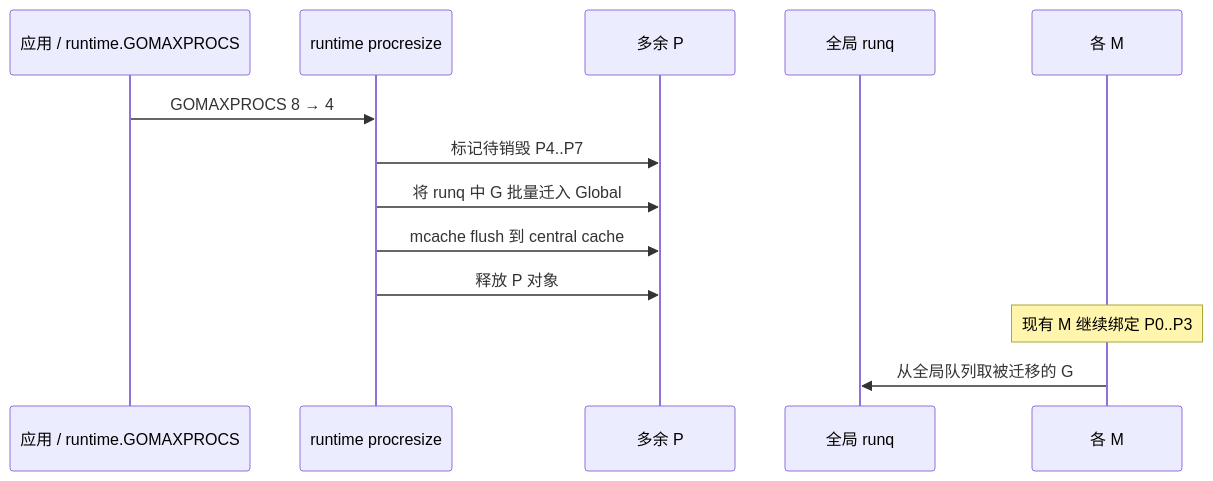
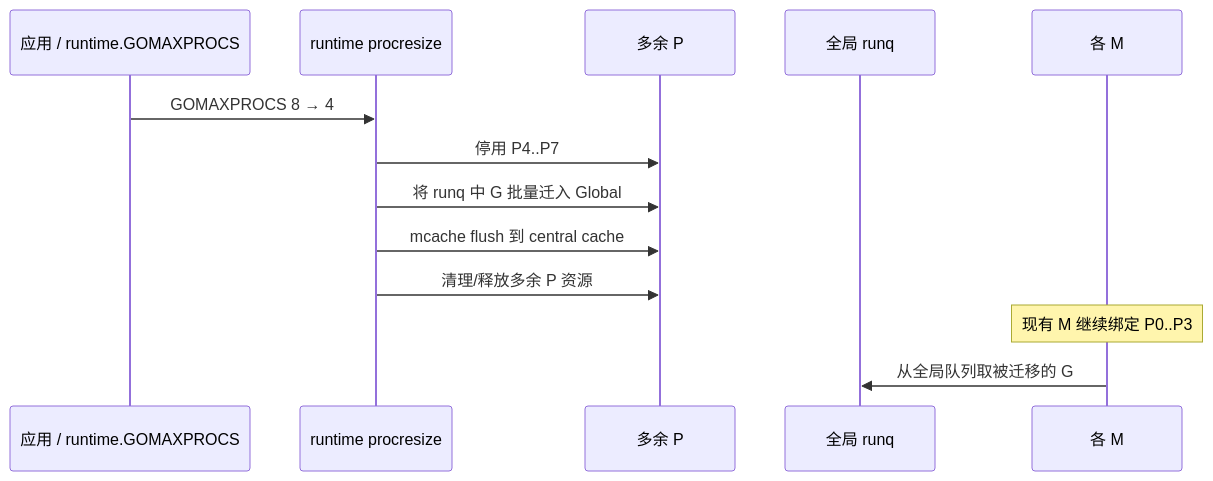
Before and after one commit to twodog-tt/Golang-development-manual: the tenth of 12 diagrams in docs/interview/01-runtime-concurrency/S-CONC-02-gmp-roles.md, drawn with Mermaid. The commit also changed other lines of this file and 438 other files, not shown here.

````diff
--- a/docs/interview/01-runtime-concurrency/S-CONC-02-gmp-roles.md
+++ b/docs/interview/01-runtime-concurrency/S-CONC-02-gmp-roles.md
@@ -385,16 +394,16 @@
 ```mermaid
 sequenceDiagram
   participant App as 应用 / runtime.GOMAXPROCS
   participant RT as runtime procresize
   participant P_old as 多余 P
   participant Global as 全局 runq
   participant M as 各 M
 
   App->>RT: GOMAXPROCS 8 → 4
-  RT->>P_old: 标记待销毁 P4..P7
+  RT->>P_old: 停用 P4..P7
   RT->>P_old: 将 runq 中 G 批量迁入 Global
   RT->>P_old: mcache flush 到 central cache
-  RT->>P_old: 释放 P 对象
+  RT->>P_old: 清理/释放多余 P 资源
   Note over M: 现有 M 继续绑定 P0..P3
   M->>Global: 从全局队列取被迁移的 G
 ```
````
